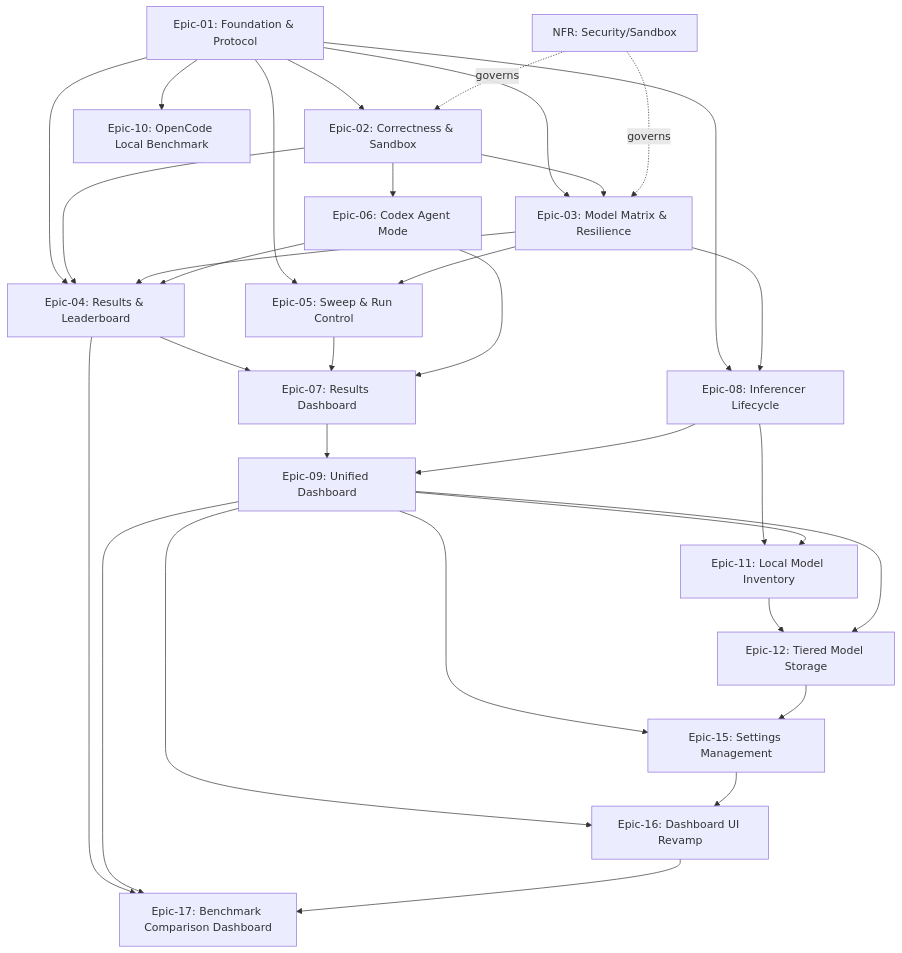
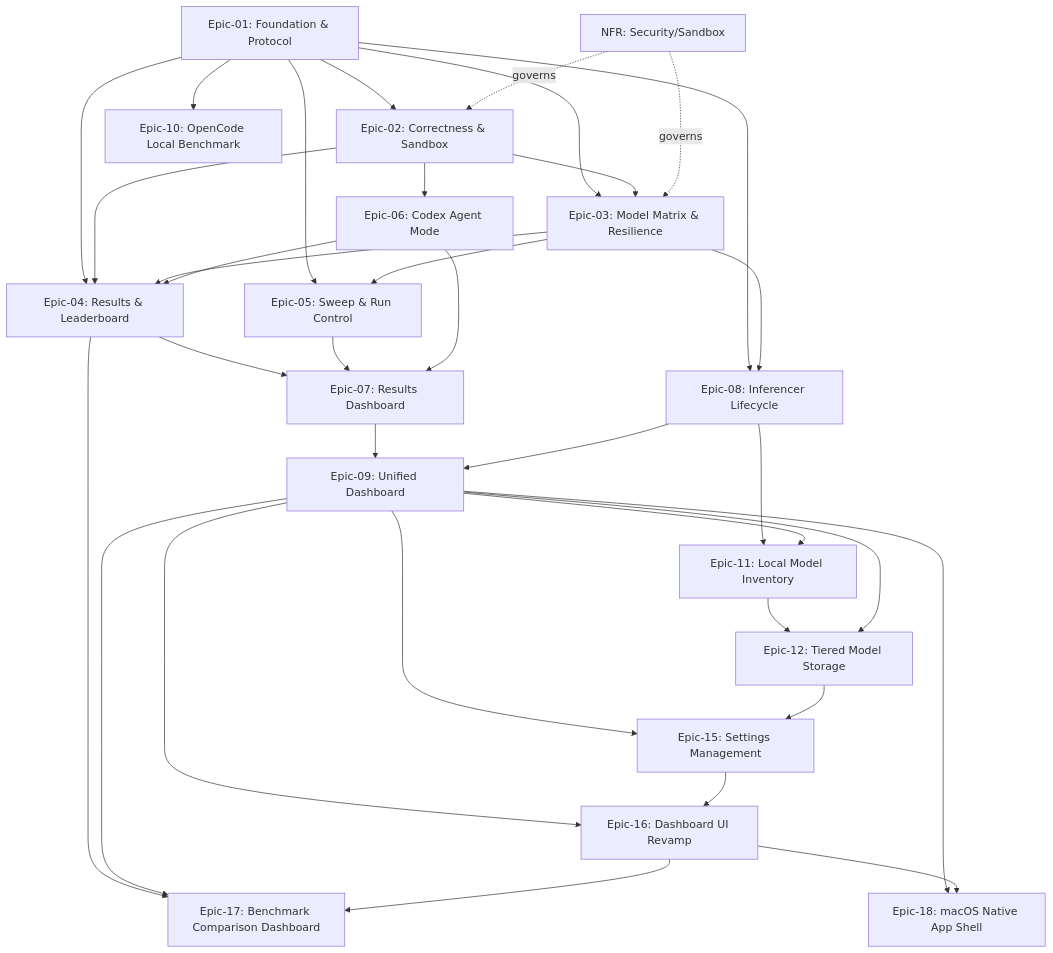
One commit to fxmartin/local-code-bench changed the diagram in docs/STORIES.md. Above: the diagram before and after it, drawn with Mermaid. The commit also changed other lines of this file and 1 other file, not shown here.

````diff
--- a/docs/STORIES.md
+++ b/docs/STORIES.md
@@ -95,34 +97,36 @@
 ```mermaid
 graph TD
     E01[Epic-01: Foundation & Protocol] --> E02[Epic-02: Correctness & Sandbox]
     E01 --> E03[Epic-03: Model Matrix & Resilience]
     E02 --> E03
     E01 --> E04[Epic-04: Results & Leaderboard]
     E02 --> E04
     E03 --> E04
     E02 --> E06[Epic-06: Codex Agent Mode]
     E06 --> E04
     E01 --> E05[Epic-05: Sweep & Run Control]
     E03 --> E05
     E04 --> E07[Epic-07: Results Dashboard]
     E05 --> E07
     E06 --> E07
     E01 --> E08[Epic-08: Inferencer Lifecycle]
     E03 --> E08
     E07 --> E09[Epic-09: Unified Dashboard]
     E08 --> E09
     E01 --> E10[Epic-10: OpenCode Local Benchmark]
     E08 --> E11[Epic-11: Local Model Inventory]
     E09 --> E11
     E11 --> E12[Epic-12: Tiered Model Storage]
     E09 --> E12
     E09 --> E15[Epic-15: Settings Management]
     E12 --> E15
     E09 --> E16[Epic-16: Dashboard UI Revamp]
     E15 --> E16
     E04 --> E17[Epic-17: Benchmark Comparison Dashboard]
     E09 --> E17
     E16 --> E17
+    E09 --> E18[Epic-18: macOS Native App Shell]
+    E16 --> E18
     NFR[NFR: Security/Sandbox] -.governs.-> E02
     NFR -.governs.-> E03
 ```
````
